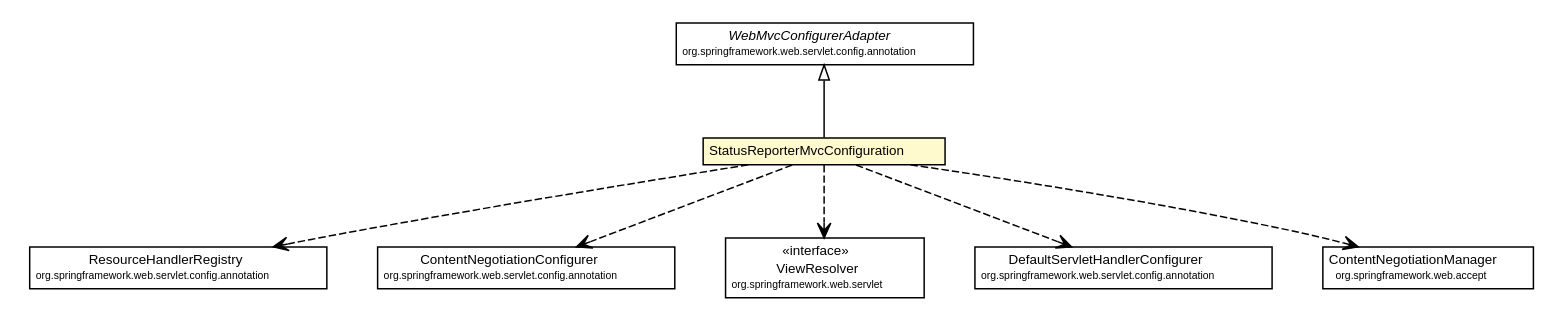
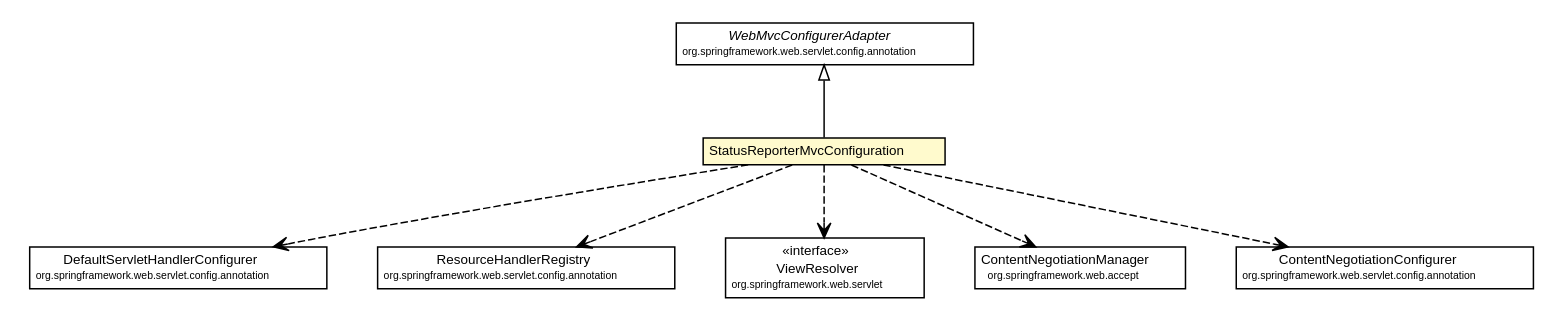
Before and after one commit to willmorejg/net.ljcomputing.status-reporter: the diagram in docs/javadoc/apidocs/net/ljcomputing/sr/config/StatusReporterMvcConfiguration.dot, drawn with Graphviz. The commit also changed 196 other files, not shown here.

```diff
--- a/docs/javadoc/apidocs/net/ljcomputing/sr/config/StatusReporterMvcConfiguration.dot
+++ b/docs/javadoc/apidocs/net/ljcomputing/sr/config/StatusReporterMvcConfiguration.dot
@@ -1,73 +1,73 @@
 #!/usr/local/bin/dot
 #
 # Class diagram 
 # Generated by UMLGraph version R5_6-24-gf6e263 (http://www.umlgraph.org/)
 #
 
 digraph G {
 	edge [fontname="Helvetica",fontsize=10,labelfontname="Helvetica",labelfontsize=10];
 	node [fontname="Helvetica",fontsize=10,shape=plaintext];
 	nodesep=0.25;
 	ranksep=0.5;
 	// net.ljcomputing.sr.config.StatusReporterMvcConfiguration
 	c2625 [label=<<table title="net.ljcomputing.sr.config.StatusReporterMvcConfiguration" border="0" cellborder="1" cellspacing="0" cellpadding="2" port="p" bgcolor="lemonChiffon" href="./StatusReporterMvcConfiguration.html">
 		<tr><td><table border="0" cellspacing="0" cellpadding="1">
 <tr><td align="center" balign="center"> StatusReporterMvcConfiguration </td></tr>
 		</table></td></tr>
 		</table>>, URL="./StatusReporterMvcConfiguration.html", fontname="Helvetica", fontcolor="black", fontsize=9.0];
 	//net.ljcomputing.sr.config.StatusReporterMvcConfiguration extends org.springframework.web.servlet.config.annotation.WebMvcConfigurerAdapter
 	c2632:p -> c2625:p [dir=back,arrowtail=empty];
+	// net.ljcomputing.sr.config.StatusReporterMvcConfiguration DEPEND org.springframework.web.servlet.config.annotation.DefaultServletHandlerConfigurer
+	c2625:p -> c2635:p [taillabel="", label="", headlabel="", fontname="Helvetica", fontcolor="black", fontsize=10.0, color="black", arrowhead=open, style=dashed];
 	// net.ljcomputing.sr.config.StatusReporterMvcConfiguration DEPEND org.springframework.web.servlet.config.annotation.ResourceHandlerRegistry
-	c2625:p -> c2635:p [taillabel="", label="", headlabel="", fontname="Helvetica", fontcolor="black", fontsize=10.0, color="black", arrowhead=open, style=dashed];
+	c2625:p -> c2637:p [taillabel="", label="", headlabel="", fontname="Helvetica", fontcolor="black", fontsize=10.0, color="black", arrowhead=open, style=dashed];
+	// net.ljcomputing.sr.config.StatusReporterMvcConfiguration DEPEND org.springframework.web.servlet.ViewResolver
+	c2625:p -> c2639:p [taillabel="", label="", headlabel="", fontname="Helvetica", fontcolor="black", fontsize=10.0, color="black", arrowhead=open, style=dashed];
+	// net.ljcomputing.sr.config.StatusReporterMvcConfiguration DEPEND org.springframework.web.accept.ContentNegotiationManager
+	c2625:p -> c2644:p [taillabel="", label="", headlabel="", fontname="Helvetica", fontcolor="black", fontsize=10.0, color="black", arrowhead=open, style=dashed];
 	// net.ljcomputing.sr.config.StatusReporterMvcConfiguration DEPEND org.springframework.web.servlet.config.annotation.ContentNegotiationConfigurer
-	c2625:p -> c2639:p [taillabel="", label="", headlabel="", fontname="Helvetica", fontcolor="black", fontsize=10.0, color="black", arrowhead=open, style=dashed];
-	// net.ljcomputing.sr.config.StatusReporterMvcConfiguration DEPEND org.springframework.web.servlet.ViewResolver
-	c2625:p -> c2641:p [taillabel="", label="", headlabel="", fontname="Helvetica", fontcolor="black", fontsize=10.0, color="black", arrowhead=open, style=dashed];
-	// net.ljcomputing.sr.config.StatusReporterMvcConfiguration DEPEND org.springframework.web.servlet.config.annotation.DefaultServletHandlerConfigurer
-	c2625:p -> c2643:p [taillabel="", label="", headlabel="", fontname="Helvetica", fontcolor="black", fontsize=10.0, color="black", arrowhead=open, style=dashed];
-	// net.ljcomputing.sr.config.StatusReporterMvcConfiguration DEPEND org.springframework.web.accept.ContentNegotiationManager
 	c2625:p -> c2646:p [taillabel="", label="", headlabel="", fontname="Helvetica", fontcolor="black", fontsize=10.0, color="black", arrowhead=open, style=dashed];
 	// org.springframework.web.servlet.config.annotation.DefaultServletHandlerConfigurer
-	c2643 [label=<<table title="org.springframework.web.servlet.config.annotation.DefaultServletHandlerConfigurer" border="0" cellborder="1" cellspacing="0" cellpadding="2" port="p">
+	c2635 [label=<<table title="org.springframework.web.servlet.config.annotation.DefaultServletHandlerConfigurer" border="0" cellborder="1" cellspacing="0" cellpadding="2" port="p">
 		<tr><td><table border="0" cellspacing="0" cellpadding="1">
 <tr><td align="center" balign="center"> DefaultServletHandlerConfigurer </td></tr>
 <tr><td align="center" balign="center"><font point-size="7.0"> org.springframework.web.servlet.config.annotation </font></td></tr>
 		</table></td></tr>
 		</table>>, URL="null", fontname="Helvetica", fontcolor="black", fontsize=9.0];
 	// org.springframework.web.servlet.config.annotation.ContentNegotiationConfigurer
-	c2639 [label=<<table title="org.springframework.web.servlet.config.annotation.ContentNegotiationConfigurer" border="0" cellborder="1" cellspacing="0" cellpadding="2" port="p">
+	c2646 [label=<<table title="org.springframework.web.servlet.config.annotation.ContentNegotiationConfigurer" border="0" cellborder="1" cellspacing="0" cellpadding="2" port="p">
 		<tr><td><table border="0" cellspacing="0" cellpadding="1">
 <tr><td align="center" balign="center"> ContentNegotiationConfigurer </td></tr>
 <tr><td align="center" balign="center"><font point-size="7.0"> org.springframework.web.servlet.config.annotation </font></td></tr>
 		</table></td></tr>
 		</table>>, URL="null", fontname="Helvetica", fontcolor="black", fontsize=9.0];
 	// org.springframework.web.servlet.config.annotation.WebMvcConfigurerAdapter
 	c2632 [label=<<table title="org.springframework.web.servlet.config.annotation.WebMvcConfigurerAdapter" border="0" cellborder="1" cellspacing="0" cellpadding="2" port="p">
 		<tr><td><table border="0" cellspacing="0" cellpadding="1">
 <tr><td align="center" balign="center"><font face="Helvetica-Oblique"> WebMvcConfigurerAdapter </font></td></tr>
 <tr><td align="center" balign="center"><font point-size="7.0"> org.springframework.web.servlet.config.annotation </font></td></tr>
 		</table></td></tr>
 		</table>>, URL="null", fontname="Helvetica", fontcolor="black", fontsize=9.0];
 	// org.springframework.web.servlet.ViewResolver
-	c2641 [label=<<table title="org.springframework.web.servlet.ViewResolver" border="0" cellborder="1" cellspacing="0" cellpadding="2" port="p">
+	c2639 [label=<<table title="org.springframework.web.servlet.ViewResolver" border="0" cellborder="1" cellspacing="0" cellpadding="2" port="p">
 		<tr><td><table border="0" cellspacing="0" cellpadding="1">
 <tr><td align="center" balign="center"> &#171;interface&#187; </td></tr>
 <tr><td align="center" balign="center"> ViewResolver </td></tr>
 <tr><td align="center" balign="center"><font point-size="7.0"> org.springframework.web.servlet </font></td></tr>
 		</table></td></tr>
 		</table>>, URL="null", fontname="Helvetica", fontcolor="black", fontsize=9.0];
 	// org.springframework.web.servlet.config.annotation.ResourceHandlerRegistry
-	c2635 [label=<<table title="org.springframework.web.servlet.config.annotation.ResourceHandlerRegistry" border="0" cellborder="1" cellspacing="0" cellpadding="2" port="p">
+	c2637 [label=<<table title="org.springframework.web.servlet.config.annotation.ResourceHandlerRegistry" border="0" cellborder="1" cellspacing="0" cellpadding="2" port="p">
 		<tr><td><table border="0" cellspacing="0" cellpadding="1">
 <tr><td align="center" balign="center"> ResourceHandlerRegistry </td></tr>
 <tr><td align="center" balign="center"><font point-size="7.0"> org.springframework.web.servlet.config.annotation </font></td></tr>
 		</table></td></tr>
 		</table>>, URL="null", fontname="Helvetica", fontcolor="black", fontsize=9.0];
 	// org.springframework.web.accept.ContentNegotiationManager
-	c2646 [label=<<table title="org.springframework.web.accept.ContentNegotiationManager" border="0" cellborder="1" cellspacing="0" cellpadding="2" port="p">
+	c2644 [label=<<table title="org.springframework.web.accept.ContentNegotiationManager" border="0" cellborder="1" cellspacing="0" cellpadding="2" port="p">
 		<tr><td><table border="0" cellspacing="0" cellpadding="1">
 <tr><td align="center" balign="center"> ContentNegotiationManager </td></tr>
 <tr><td align="center" balign="center"><font point-size="7.0"> org.springframework.web.accept </font></td></tr>
 		</table></td></tr>
 		</table>>, URL="null", fontname="Helvetica", fontcolor="black", fontsize=9.0];
 }
```
